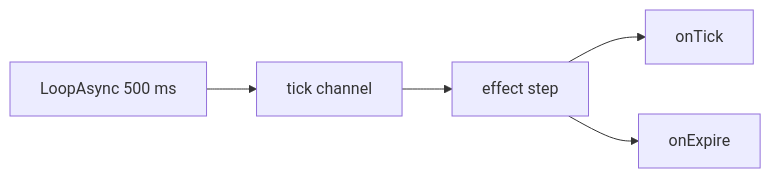
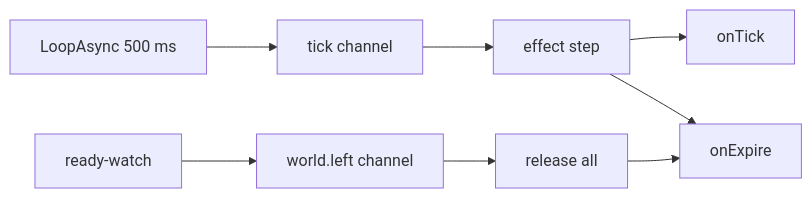
The first of 2 diagrams in docs/content/docs/api/effect.ja.mdx (dr-mikan/PalForge), drawn with Mermaid before and after one commit. The commit also changed other lines of this file and 84 other files, not shown here.

````diff
--- a/docs/content/docs/api/effect.ja.mdx
+++ b/docs/content/docs/api/effect.ja.mdx
@@ -106,7 +120,10 @@
 ```mermaid
 flowchart LR
   A["LoopAsync 500 ms"] --> B["tick channel"]
   B --> C["effect step"]
   C --> D["onTick"]
   C --> E["onExpire"]
+  F["ready-watch"] --> G["world.left channel"]
+  G --> H["release all"]
+  H --> E
 ```
````
